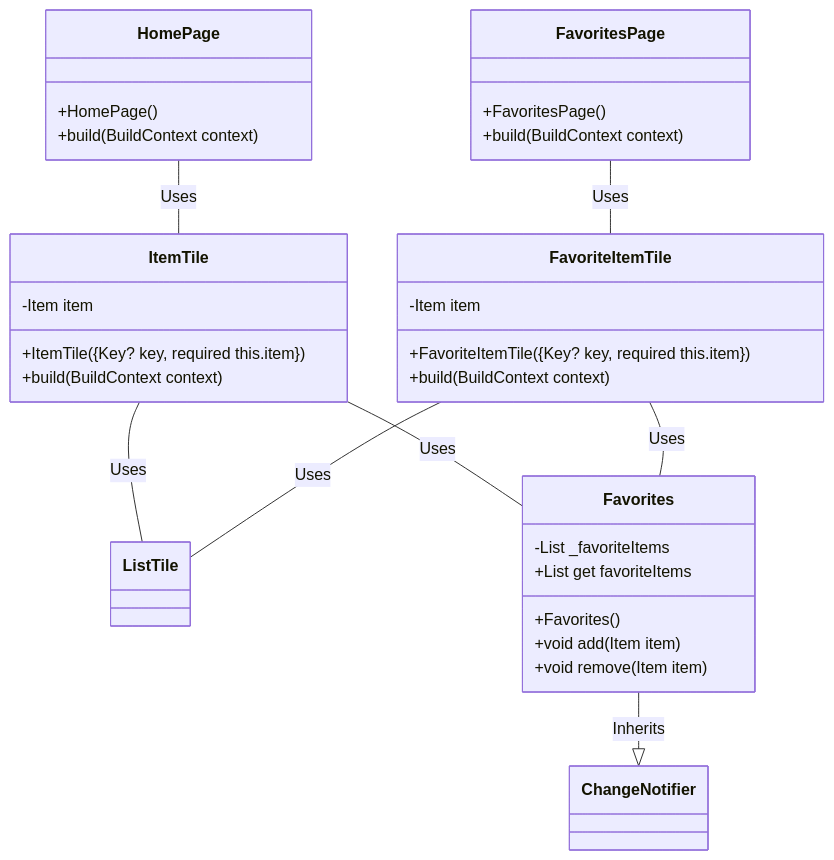
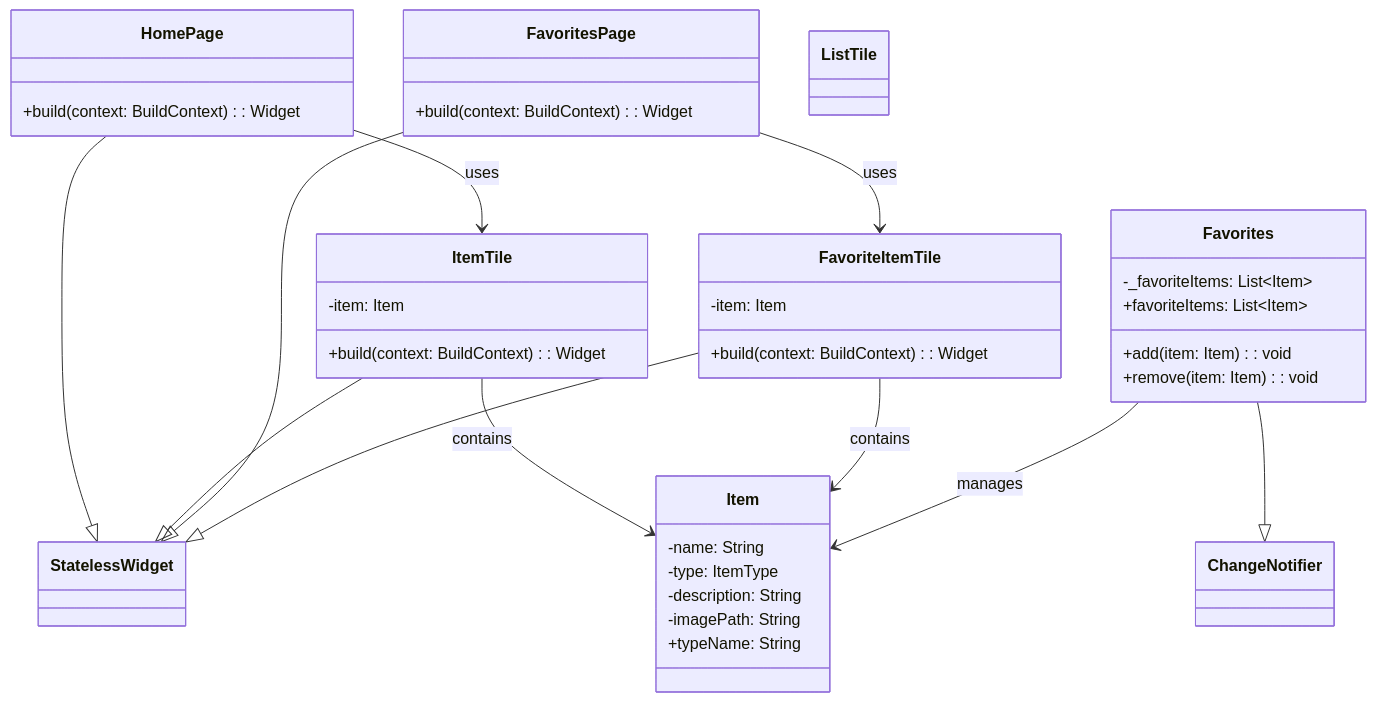
One commit to david3080/favapp changed the diagram in docs/md/4_DEV/CLASS.md. Above: the diagram before and after it, drawn with Mermaid. The commit also changed 2 other files, not shown here.

````diff
--- a/docs/md/4_DEV/CLASS.md
+++ b/docs/md/4_DEV/CLASS.md
@@ -3,29 +3,44 @@
-``` mermaid
+```mermaid
 classDiagram
-    HomePage -- ItemTile: Uses
-    HomePage : +HomePage()
-    HomePage : +build(BuildContext context)
-
-    ItemTile -- ListTile: Uses
-    ItemTile -- Favorites: Uses
-    ItemTile : +ItemTile({Key? key, required this.item})
-    ItemTile : -Item item
-    ItemTile : +build(BuildContext context)
-
-    FavoritesPage -- FavoriteItemTile: Uses
-    FavoritesPage : +FavoritesPage()
-    FavoritesPage : +build(BuildContext context)
-
-    FavoriteItemTile -- ListTile: Uses
-    FavoriteItemTile -- Favorites: Uses
-    FavoriteItemTile : +FavoriteItemTile({Key? key, required this.item})
-    FavoriteItemTile : -Item item
-    FavoriteItemTile : +build(BuildContext context)
-
-    Favorites --|> ChangeNotifier: Inherits
-    Favorites : +Favorites()
-    Favorites : -List<Item> _favoriteItems
-    Favorites : +List<Item> get favoriteItems
-    Favorites : +void add(Item item)
-    Favorites : +void remove(Item item)
+    class HomePage {
+        +build(context: BuildContext): Widget
+    }
+    class ItemTile {
+        -item: Item
+        +build(context: BuildContext): Widget
+    }
+    class FavoritesPage {
+        +build(context: BuildContext): Widget
+    }
+    class FavoriteItemTile {
+        -item: Item
+        +build(context: BuildContext): Widget
+    }
+    class Favorites {
+        -_favoriteItems: List~Item~
+        +favoriteItems: List~Item~
+        +add(item: Item): void
+        +remove(item: Item): void
+    }
+    class ListTile {
+    }
+    class ChangeNotifier {
+    }
+    class Item {
+        -name: String
+        -type: ItemType
+        -description: String
+        -imagePath: String
+        +typeName: String
+    }
+    HomePage --|> StatelessWidget
+    ItemTile --|> StatelessWidget
+    FavoritesPage --|> StatelessWidget
+    FavoriteItemTile --|> StatelessWidget
+    Favorites --|> ChangeNotifier
+    ItemTile --> Item : contains
+    FavoriteItemTile --> Item : contains
+    HomePage --> ItemTile : uses
+    FavoritesPage --> FavoriteItemTile : uses
+    Favorites --> Item : manages
 ```
````
